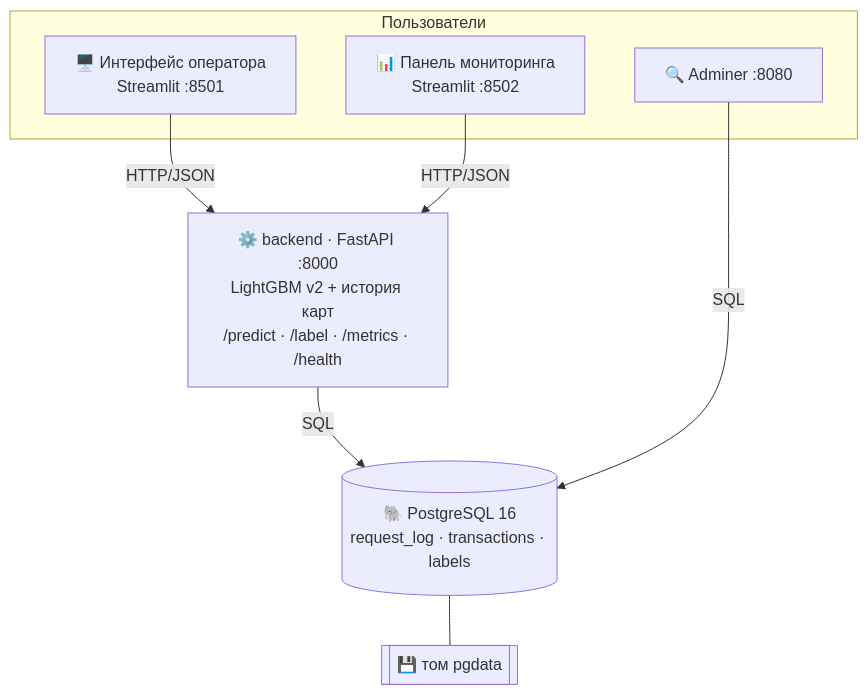
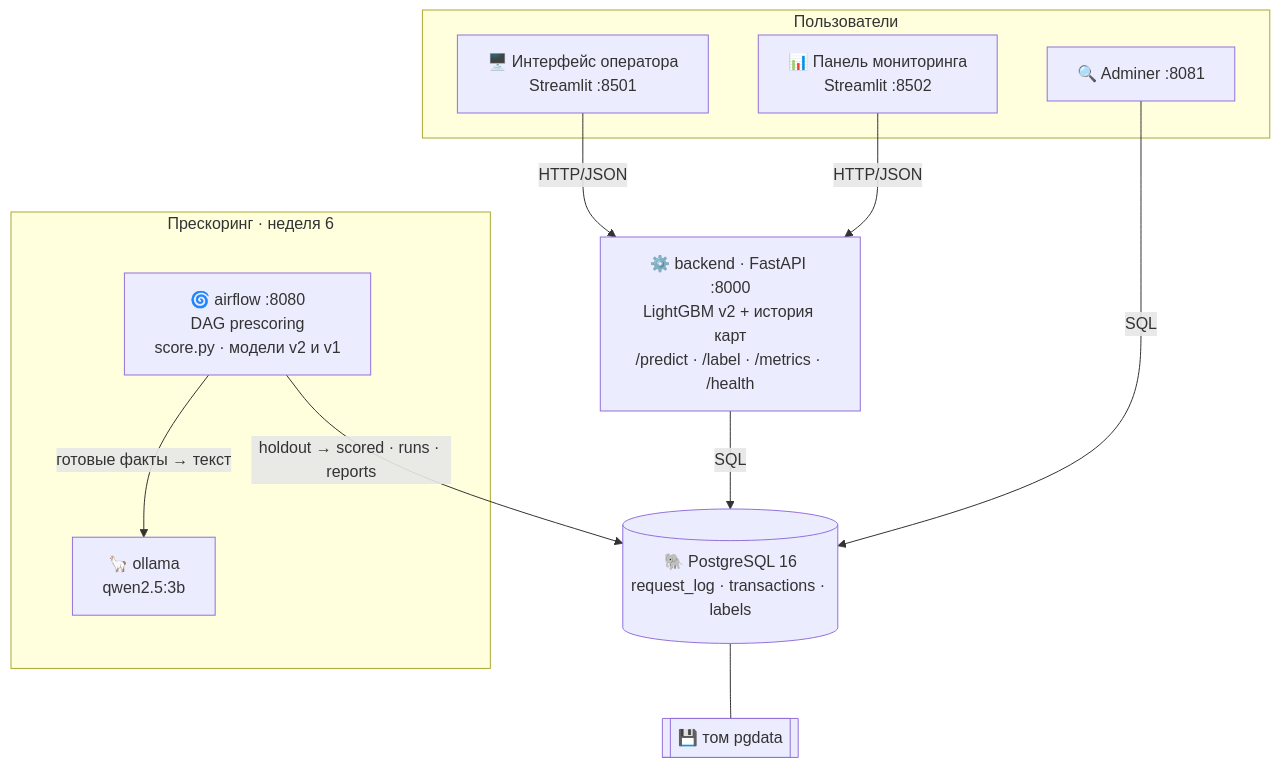
One commit to shrailymadil-debug/antifraud changed the diagram in README.md. Above: the diagram before and after it, drawn with Mermaid. The commit also changed other lines of this file and 26 other files, not shown here.

````diff
--- a/README.md
+++ b/README.md
@@ -52,16 +67,22 @@
 ```mermaid
 flowchart TB
   subgraph users["Пользователи"]
     FE["🖥️ Интерфейс оператора<br/>Streamlit :8501"]
     DA["📊 Панель мониторинга<br/>Streamlit :8502"]
-    AD["🔍 Adminer :8080"]
+    AD["🔍 Adminer :8081"]
+  end
+  subgraph batch["Прескоринг · неделя 6"]
+    AF["🌀 airflow :8080<br/>DAG prescoring<br/>score.py · модели v2 и v1"]
+    LLM["🦙 ollama<br/>qwen2.5:3b"]
   end
   BE["⚙️ backend · FastAPI :8000<br/>LightGBM v2 + история карт<br/>/predict · /label · /metrics · /health"]
   DB[("🐘 PostgreSQL 16<br/>request_log · transactions · labels")]
   VOL[["💾 том pgdata"]]
   FE -- HTTP/JSON --> BE
   DA -- HTTP/JSON --> BE
   BE -- SQL --> DB
   AD -- SQL --> DB
   DB --- VOL
+  AF -- "holdout → scored · runs · reports" --> DB
+  AF -- "готовые факты → текст" --> LLM
 ```
````
